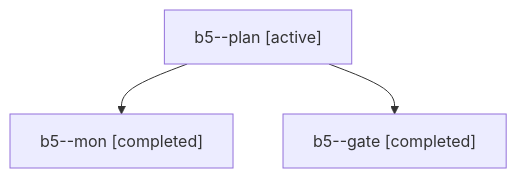
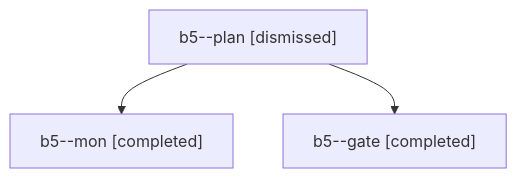
One commit to bobs-org/bob-cli--agents changed the diagram in sessions/bbugyi200.apollo.b5.md. Above: the diagram before and after it, drawn with Mermaid. The commit also changed other lines of this file and 31 other files, not shown here.

````diff
--- a/sessions/bbugyi200.apollo.b5.md
+++ b/sessions/bbugyi200.apollo.b5.md
@@ -9,8 +9,8 @@
 ```mermaid
 flowchart TD
-  n0["b5--plan [active]"]
+  n0["b5--plan [dismissed]"]
   n1["b5--mon [completed]"]
   n0 --> n1
   n2["b5--gate [completed]"]
   n0 --> n2
 ```
````
